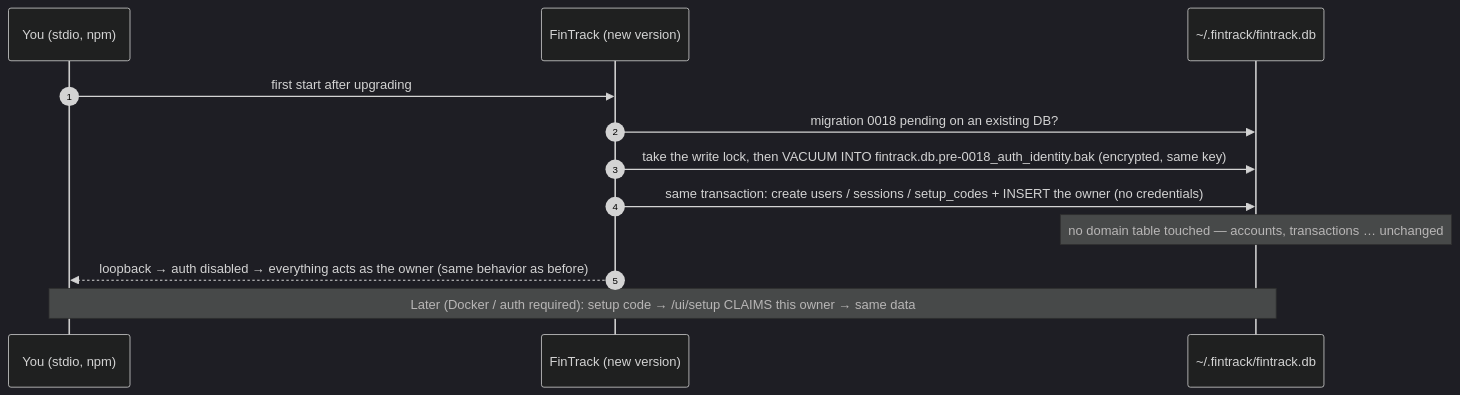
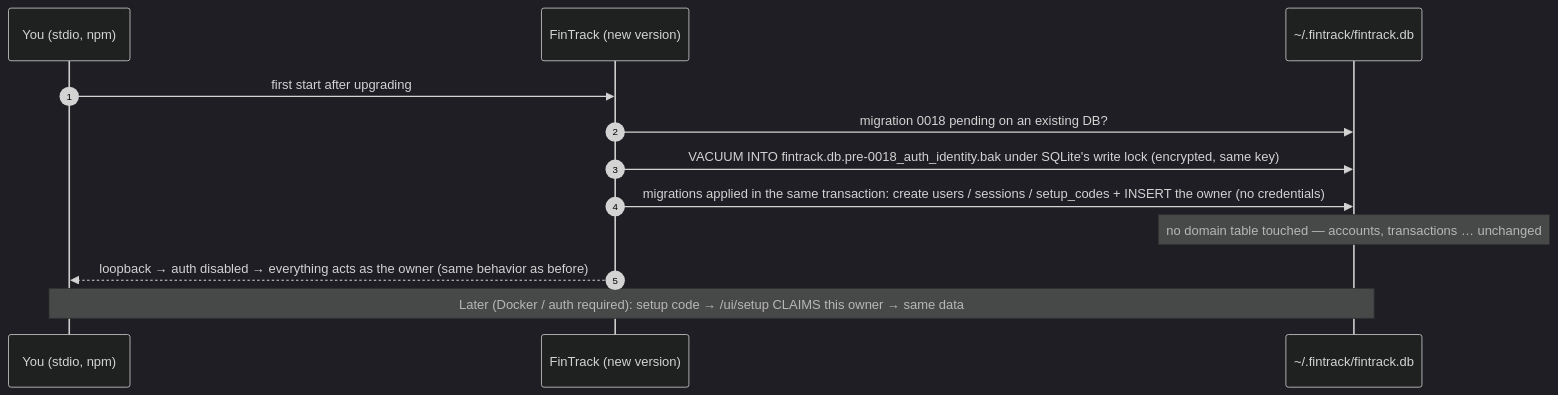
One commit to RafaelFCarneiro/patty changed the seventh of 7 diagrams in docs/auth-flows.md. Above: the diagram before and after it, drawn with Mermaid (dark theme). The commit also changed other lines of this file and 4 other files, not shown here.

First line of the commit message:
test(db): parity test between the custom migration runner and drizzle's libSQL migrator; drift guard in the runner header and releasing.md; AuthHook naming in the flow diagrams

````diff
--- a/docs/auth-flows.md
+++ b/docs/auth-flows.md
@@ -211,15 +211,15 @@
 ```mermaid
 sequenceDiagram
     autonumber
     participant You as You (stdio, npm)
     participant FT as FinTrack (new version)
     participant DB as ~/.fintrack/fintrack.db
 
     You->>FT: first start after upgrading
     FT->>DB: migration 0018 pending on an existing DB?
-    FT->>DB: take the write lock, then VACUUM INTO fintrack.db.pre-0018_auth_identity.bak (encrypted, same key)
-    FT->>DB: same transaction: create users / sessions / setup_codes + INSERT the owner (no credentials)
+    FT->>DB: VACUUM INTO fintrack.db.pre-0018_auth_identity.bak under SQLite's write lock (encrypted, same key)
+    FT->>DB: migrations applied in the same transaction: create users / sessions / setup_codes + INSERT the owner (no credentials)
     Note over DB: no domain table touched — accounts, transactions … unchanged
     FT-->>You: loopback → auth disabled → everything acts as the owner (same behavior as before)
     Note over You,DB: Later (Docker / auth required): setup code → /ui/setup CLAIMS this owner → same data
 ```
````
